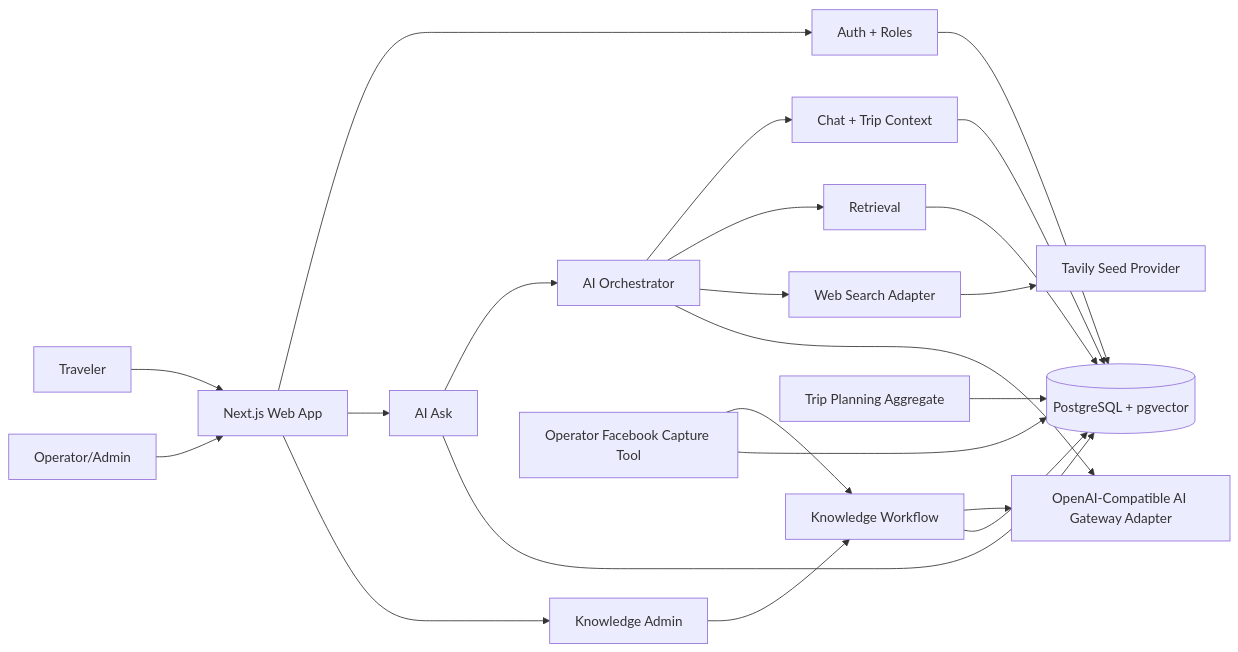
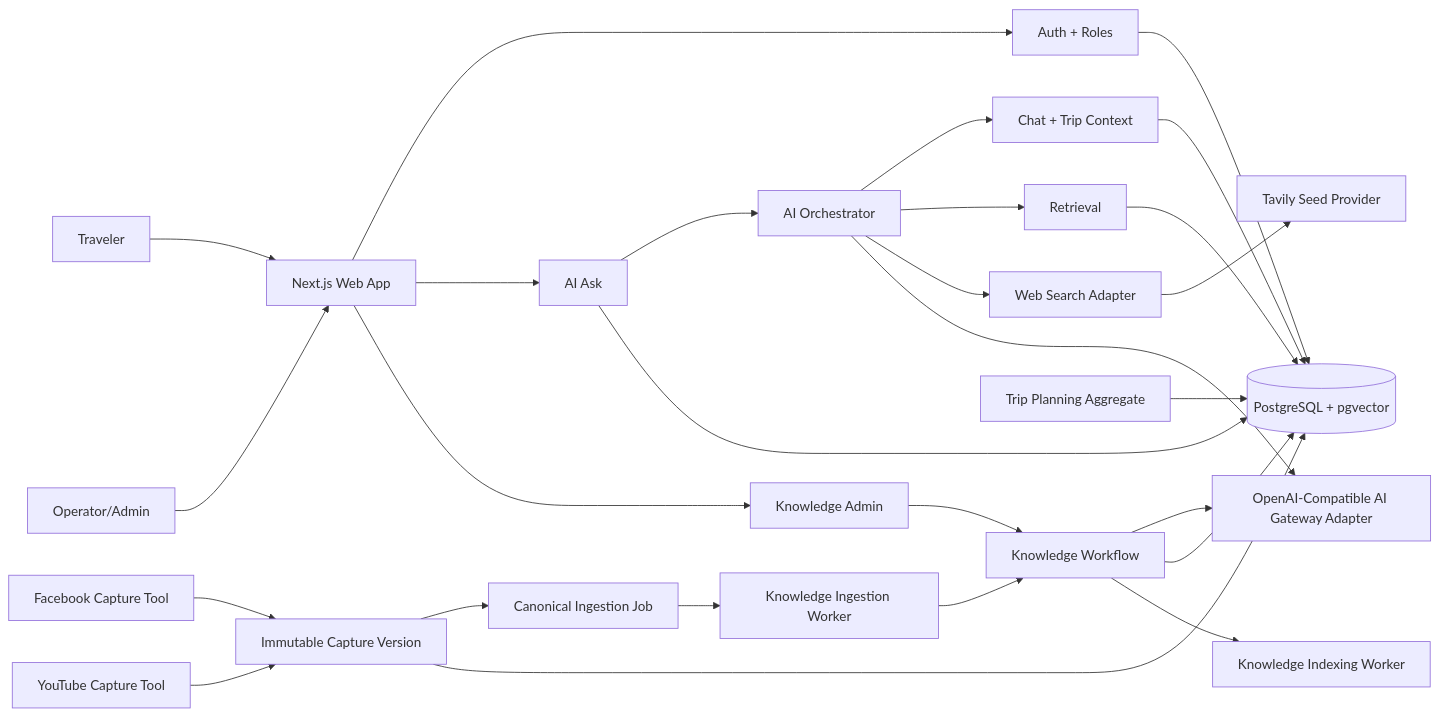
The first of 3 diagrams in _bmad-output/planning-artifacts/architecture/architecture-xuyenviet-2026-07-04/ARCHITECTURE-SPINE.md (tonytippi/xuyenviet), drawn with Mermaid before and after one commit. The commit also changed other lines of this file and 19 other files, not shown here.

Commit message:
fix(knowledge): unify capture ingestion pipeline

````diff
--- a/_bmad-output/planning-artifacts/architecture/architecture-xuyenviet-2026-07-04/ARCHITECTURE-SPINE.md
+++ b/_bmad-output/planning-artifacts/architecture/architecture-xuyenviet-2026-07-04/ARCHITECTURE-SPINE.md
@@ -21,24 +21,29 @@
 ```mermaid
 flowchart LR
   Traveler[Traveler] --> Web[Next.js Web App]
   Operator[Operator/Admin] --> Web
   Web --> Auth[Auth + Roles]
   Web --> Chat[AI Ask]
   Web --> Admin[Knowledge Admin]
   Chat --> Orchestrator[AI Orchestrator]
   Admin --> Knowledge[Knowledge Workflow]
   Orchestrator --> ChatContext[Chat + Trip Context]
   Orchestrator --> Retrieval[Retrieval]
   Orchestrator --> Search[Web Search Adapter]
   Orchestrator --> AIGateway[OpenAI-Compatible AI Gateway Adapter]
   Knowledge --> AIGateway
   ChatContext --> DB[(PostgreSQL + pgvector)]
   TripPlan[Trip Planning Aggregate] --> DB
   Retrieval --> DB
   Knowledge --> DB
-  Capture[Operator Facebook Capture Tool] --> Knowledge
-  Capture --> DB
+  FacebookCapture[Facebook Capture Tool] --> CaptureVersion[Immutable Capture Version]
+  YoutubeCapture[YouTube Capture Tool] --> CaptureVersion
+  CaptureVersion --> IngestionJob[Canonical Ingestion Job]
+  IngestionJob --> IngestionWorker[Knowledge Ingestion Worker]
+  IngestionWorker --> Knowledge
+  Knowledge --> IndexingWorker[Knowledge Indexing Worker]
+  CaptureVersion --> DB
   Auth --> DB
   Chat --> DB
   Search --> Tavily[Tavily Seed Provider]
 ```
````
